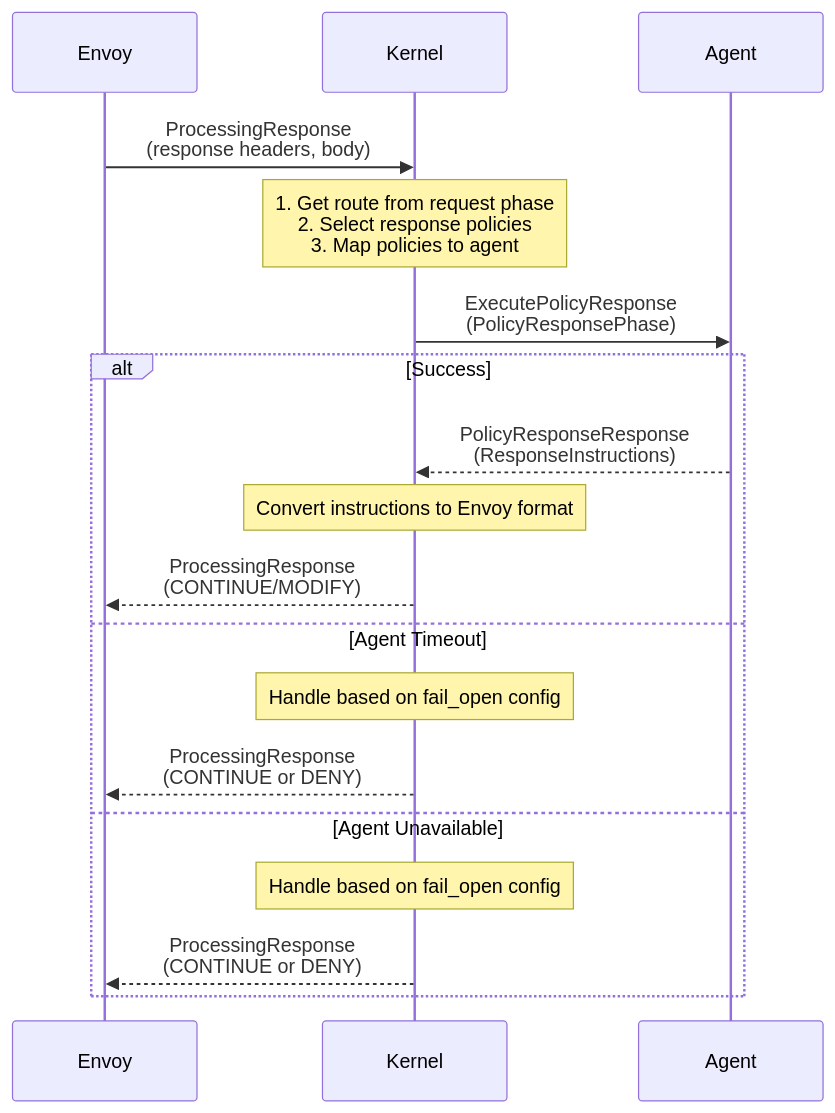
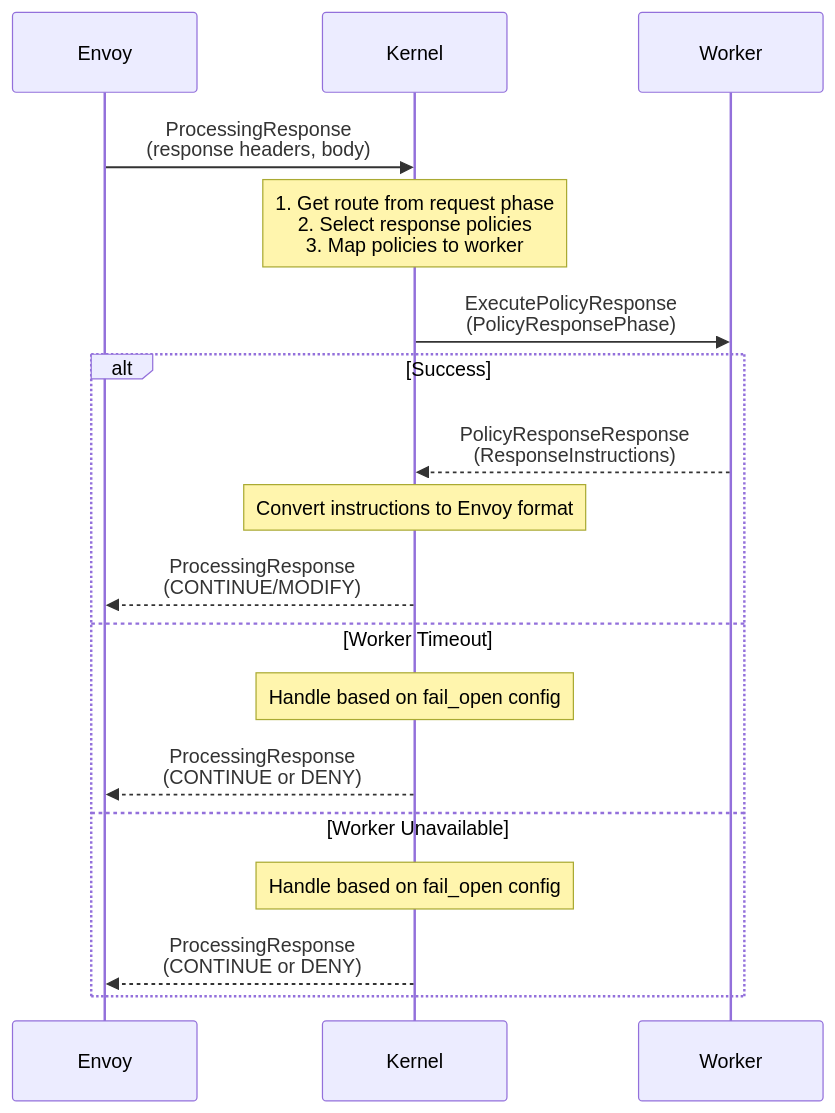
One commit to renuka-fernando/envoy-policy-engine changed the fifth of 7 diagrams in policy-kernel/SPEC.md. Above: the diagram before and after it, drawn with Mermaid. The commit also changed other lines of this file and 5 other files, not shown here.

Commit message:
Rename agent to worker

````diff
--- a/policy-kernel/SPEC.md
+++ b/policy-kernel/SPEC.md
@@ -1309,24 +1309,24 @@
 ```mermaid
 sequenceDiagram
     participant Envoy
     participant Kernel
-    participant Agent
+    participant Worker
 
     Envoy->>Kernel: ProcessingResponse<br/>(response headers, body)
 
-    Note over Kernel: 1. Get route from request phase<br/>2. Select response policies<br/>3. Map policies to agent
+    Note over Kernel: 1. Get route from request phase<br/>2. Select response policies<br/>3. Map policies to worker
 
-    Kernel->>Agent: ExecutePolicyResponse<br/>(PolicyResponsePhase)
+    Kernel->>Worker: ExecutePolicyResponse<br/>(PolicyResponsePhase)
 
     alt Success
-        Agent-->>Kernel: PolicyResponseResponse<br/>(ResponseInstructions)
+        Worker-->>Kernel: PolicyResponseResponse<br/>(ResponseInstructions)
         Note over Kernel: Convert instructions to Envoy format
         Kernel-->>Envoy: ProcessingResponse<br/>(CONTINUE/MODIFY)
-    else Agent Timeout
+    else Worker Timeout
         Note over Kernel: Handle based on fail_open config
         Kernel-->>Envoy: ProcessingResponse<br/>(CONTINUE or DENY)
-    else Agent Unavailable
+    else Worker Unavailable
         Note over Kernel: Handle based on fail_open config
         Kernel-->>Envoy: ProcessingResponse<br/>(CONTINUE or DENY)
     end
 ```
````
